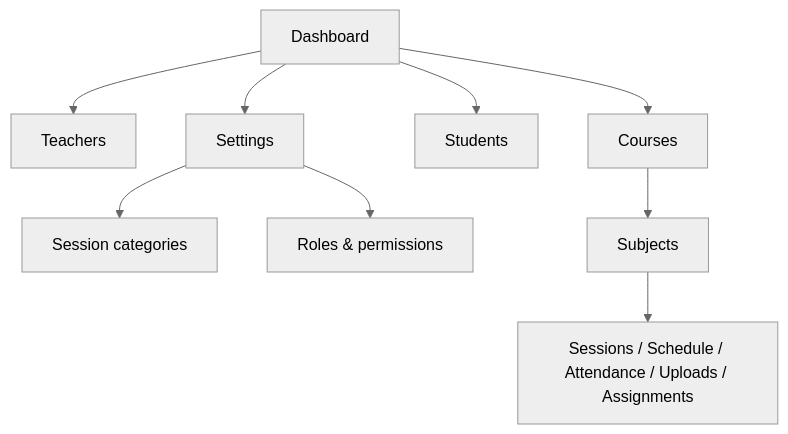
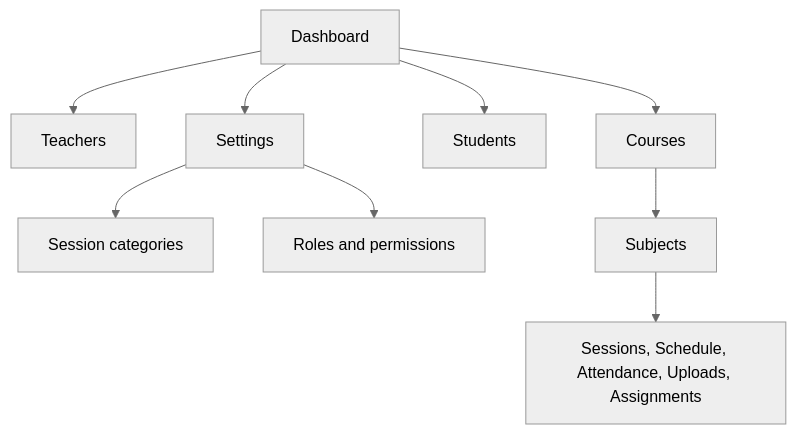
One commit to Hiithaard47/VIHE changed the third of 7 diagrams in docs/product-overview-slides.md. Above: the diagram before and after it, drawn with Mermaid (neutral theme). The commit also changed other lines of this file, not shown here.

First line of the commit message:
docs: fix Mermaid labels for GitHub rendering (#30)

````diff
--- a/docs/product-overview-slides.md
+++ b/docs/product-overview-slides.md
@@ -62,11 +62,11 @@
 ```mermaid
 flowchart TB
   Dash[Dashboard] --> Teachers
   Dash --> Courses
   Dash --> Students
   Dash --> Settings
   Settings --> Cats[Session categories]
-  Settings --> Roles[Roles & permissions]
+  Settings --> Roles["Roles and permissions"]
   Courses --> Subjects
-  Subjects --> Workspace[Sessions / Schedule / Attendance / Uploads / Assignments]
+  Subjects --> Workspace["Sessions, Schedule, Attendance, Uploads, Assignments"]
 ```
````
